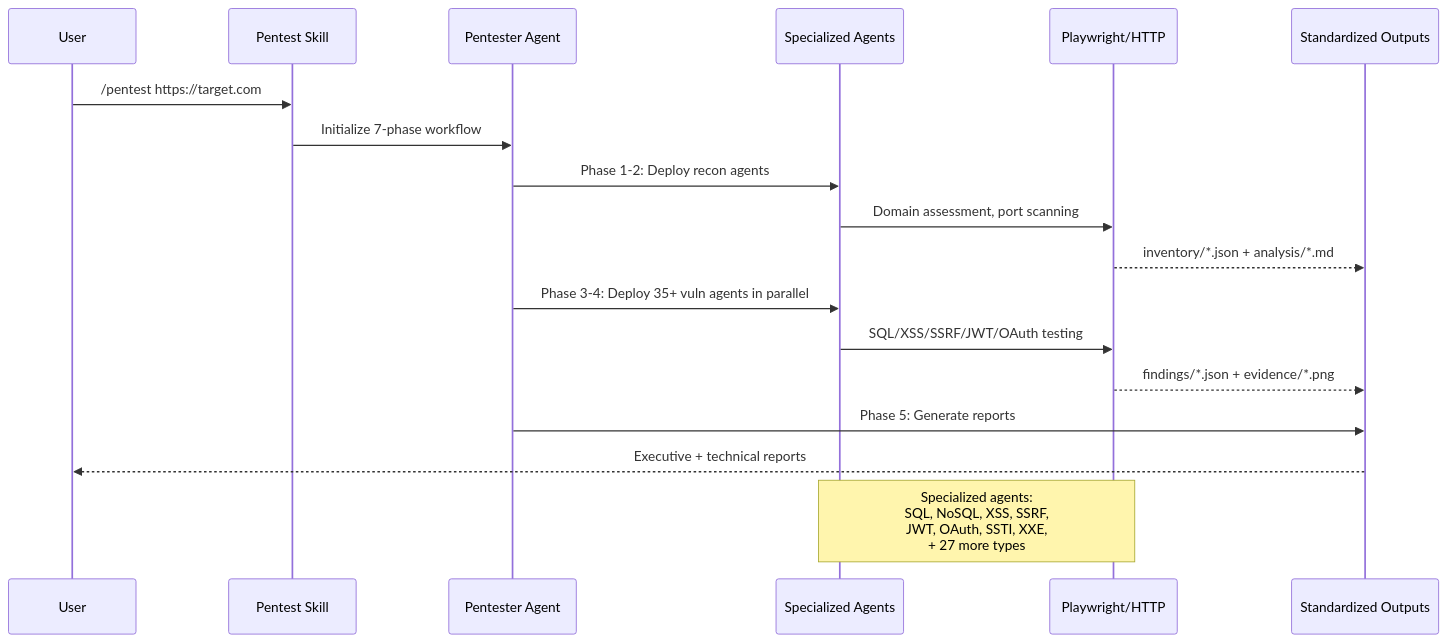
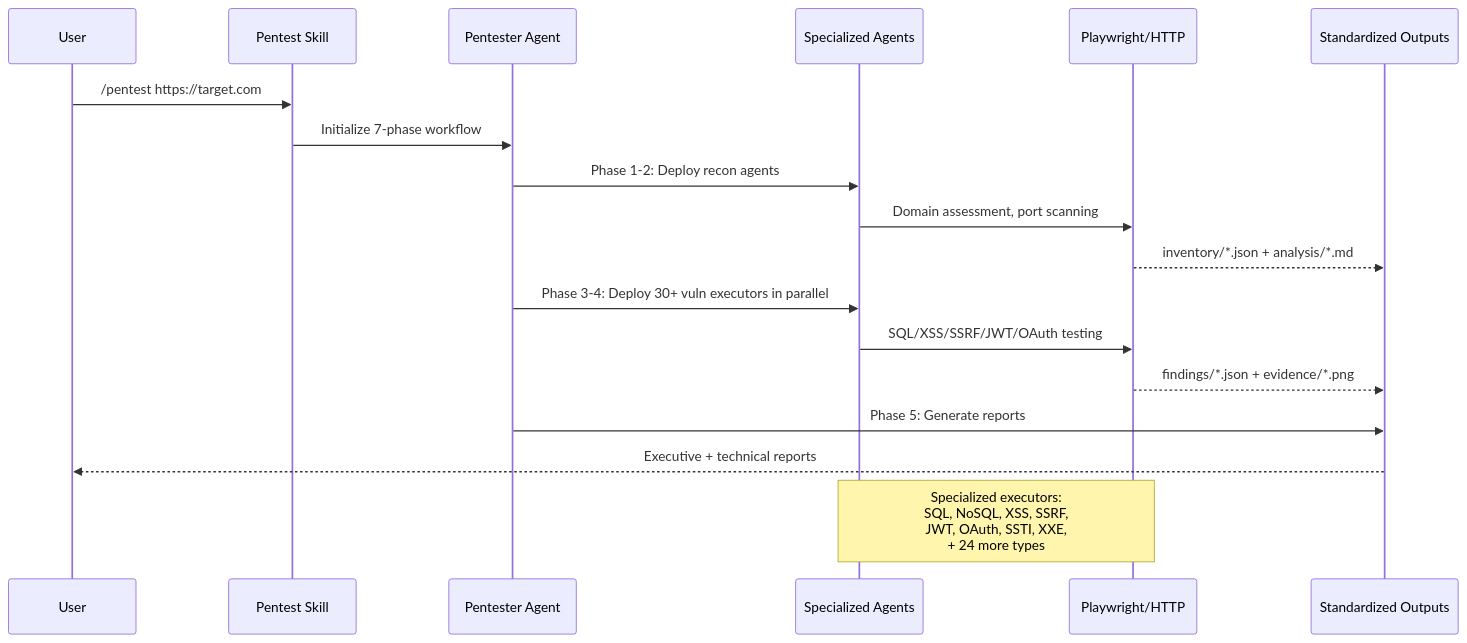
One commit to l0h1nth/communitytools changed the second of 5 diagrams in README.md. Above: the diagram before and after it, drawn with Mermaid. The commit also changed other lines of this file and 20 other files, not shown here.

````diff
--- a/README.md
+++ b/README.md
@@ -187,25 +190,25 @@
 ```mermaid
 sequenceDiagram
     participant User
     participant Skill as Pentest Skill
     participant Orch as Pentester Agent
     participant Agents as Specialized Agents
     participant Tools as Playwright/HTTP
     participant Output as Standardized Outputs
 
     User->>Skill: /pentest https://target.com
     Skill->>Orch: Initialize 7-phase workflow
 
     Orch->>Agents: Phase 1-2: Deploy recon agents
     Agents->>Tools: Domain assessment, port scanning
     Tools-->>Output: inventory/*.json + analysis/*.md
 
-    Orch->>Agents: Phase 3-4: Deploy 35+ vuln agents in parallel
+    Orch->>Agents: Phase 3-4: Deploy 30+ vuln executors in parallel
     Agents->>Tools: SQL/XSS/SSRF/JWT/OAuth testing
     Tools-->>Output: findings/*.json + evidence/*.png
 
     Orch->>Output: Phase 5: Generate reports
     Output-->>User: Executive + technical reports
 
-    Note over Agents,Tools: Specialized agents:<br/>SQL, NoSQL, XSS, SSRF,<br/>JWT, OAuth, SSTI, XXE,<br/>+ 27 more types
+    Note over Agents,Tools: Specialized executors:<br/>SQL, NoSQL, XSS, SSRF,<br/>JWT, OAuth, SSTI, XXE,<br/>+ 24 more types
 ```
````
